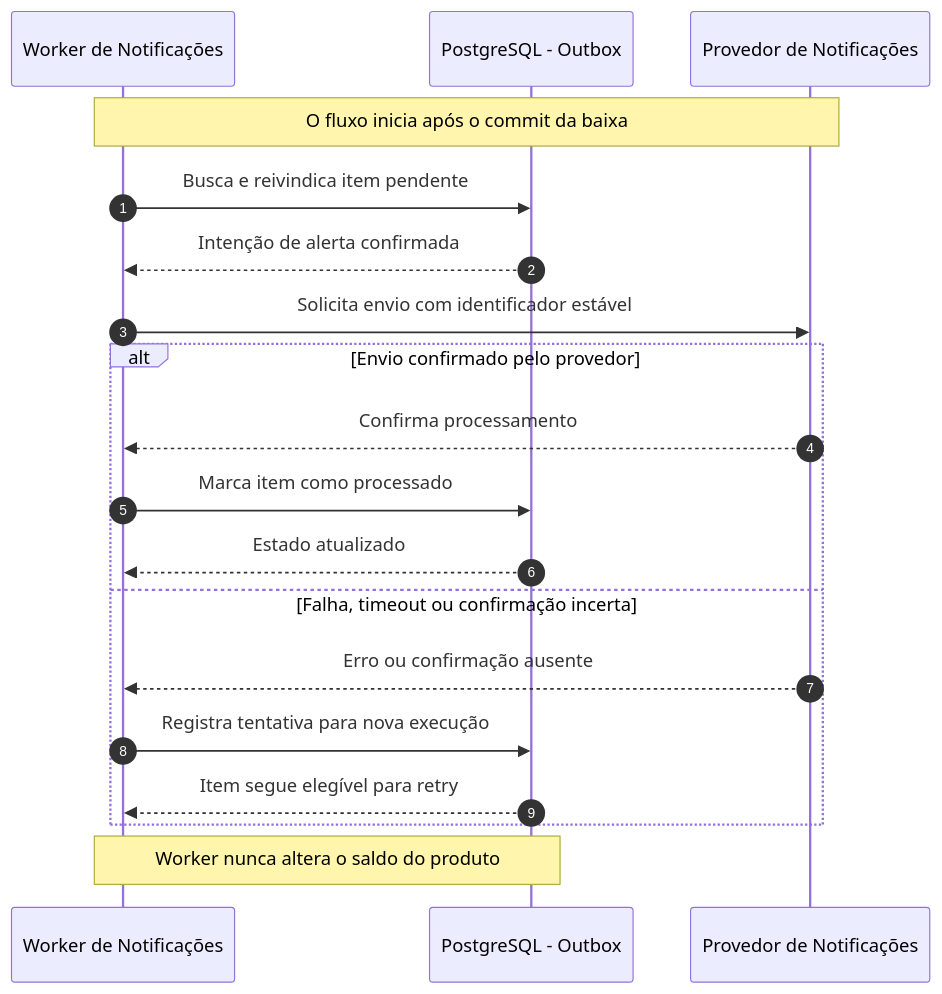
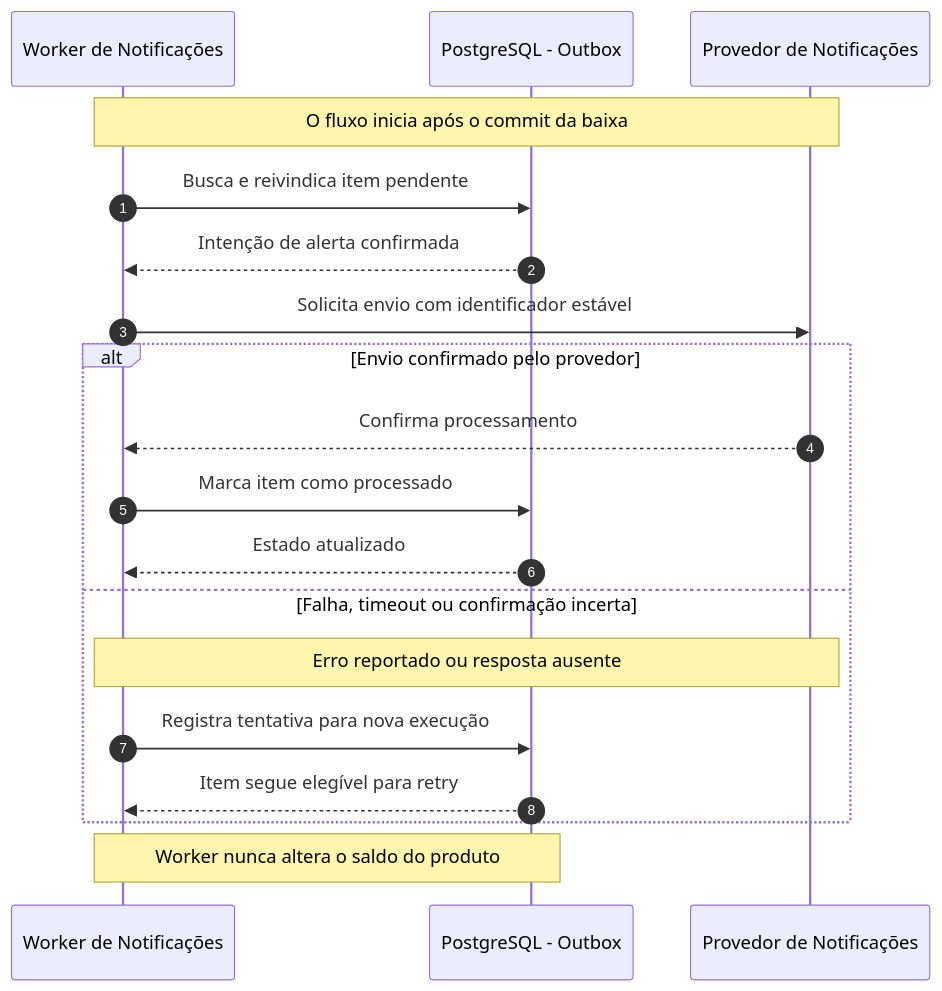
The second of 2 diagrams in docs/fluxo-movimentacao.md (rodri-oliveira-dev/c4-inventory-architecture-lab), drawn with Mermaid before and after one commit. The commit also changed other lines of this file, not shown here.

Commit message:
docs: distinguish provider timeout from explicit failure

````diff
--- a/docs/fluxo-movimentacao.md
+++ b/docs/fluxo-movimentacao.md
@@ -51,22 +51,22 @@
 ```mermaid
 sequenceDiagram
     autonumber
     participant W as Worker de Notificações
     participant DB as PostgreSQL - Outbox
     participant N as Provedor de Notificações
 
     Note over W,N: O fluxo inicia após o commit da baixa
     W->>DB: Busca e reivindica item pendente
     DB-->>W: Intenção de alerta confirmada
     W->>N: Solicita envio com identificador estável
     alt Envio confirmado pelo provedor
         N-->>W: Confirma processamento
         W->>DB: Marca item como processado
         DB-->>W: Estado atualizado
     else Falha, timeout ou confirmação incerta
-        N-->>W: Erro ou confirmação ausente
+        Note over W,N: Erro reportado ou resposta ausente
         W->>DB: Registra tentativa para nova execução
         DB-->>W: Item segue elegível para retry
     end
     Note over W,DB: Worker nunca altera o saldo do produto
 ```
````
